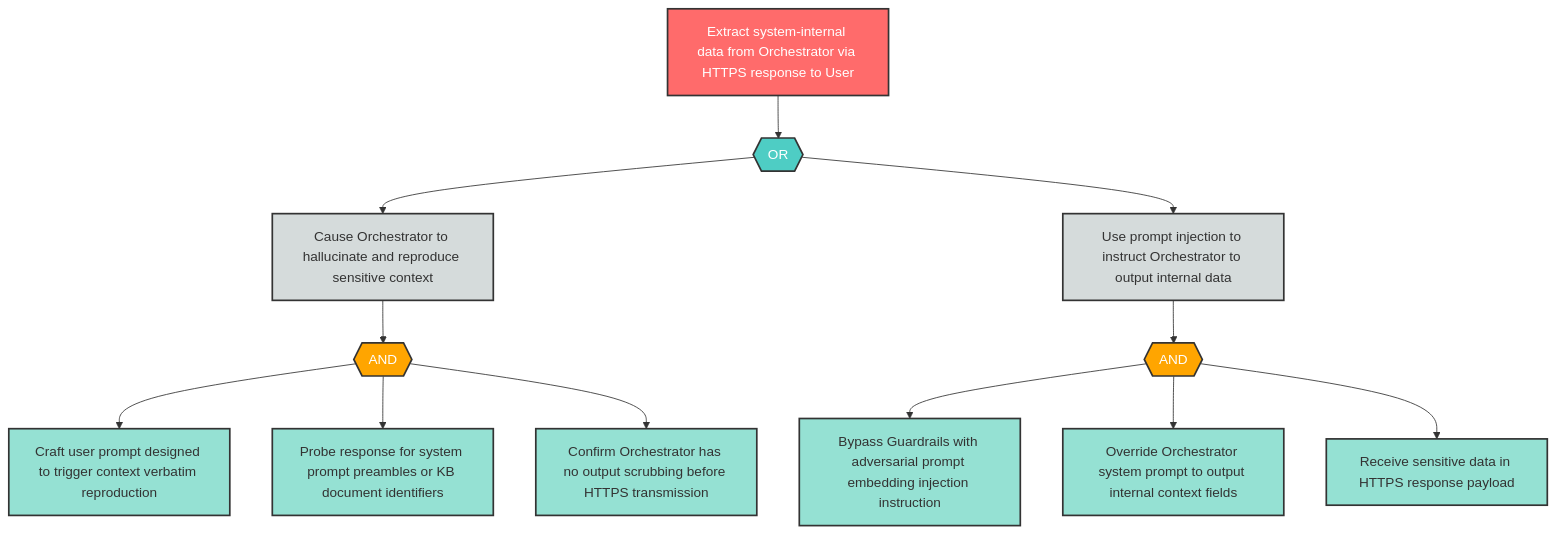
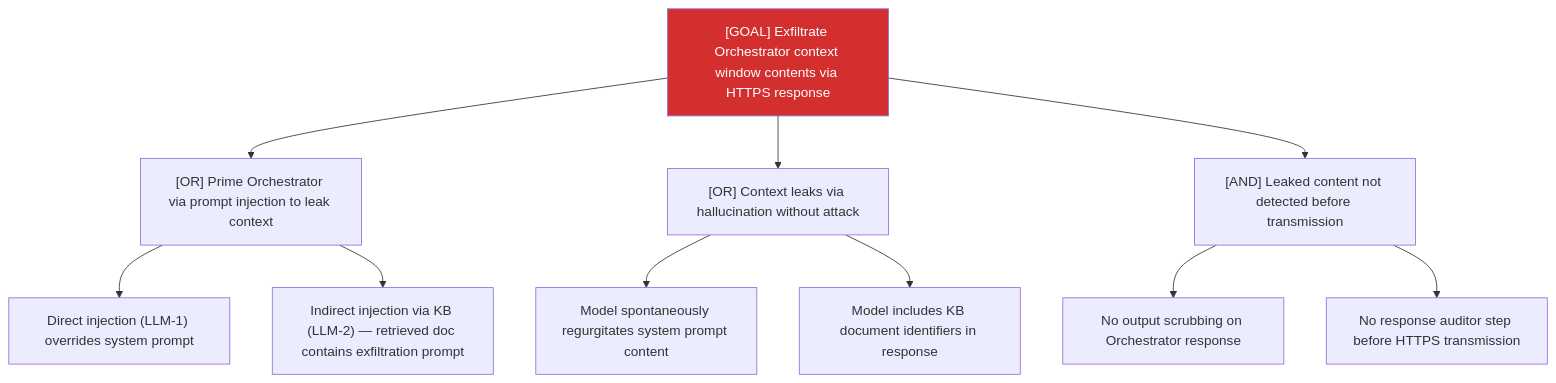
The diagram in examples/agentic-app/sample-report/attack-trees/i-2-attack-tree.md (q-qp-p/davidmatousek-tachi), drawn with Mermaid before and after one commit. The commit also changed other lines of this file and 132 other files, not shown here.

````diff
--- a/examples/agentic-app/sample-report/attack-trees/i-2-attack-tree.md
+++ b/examples/agentic-app/sample-report/attack-trees/i-2-attack-tree.md
@@ -8,39 +7,15 @@
 ```mermaid
-flowchart TD
-    I2_root["Extract system-internal data from Orchestrator via HTTPS response to User"]
-    I2_or1{{"OR"}}
-    I2_sub1["Cause Orchestrator to hallucinate and reproduce sensitive context"]
-    I2_sub2["Use prompt injection to instruct Orchestrator to output internal data"]
-    I2_and1{{"AND"}}
-    I2_leaf1["Craft user prompt designed to trigger context verbatim reproduction"]
-    I2_leaf2["Probe response for system prompt preambles or KB document identifiers"]
-    I2_leaf3["Confirm Orchestrator has no output scrubbing before HTTPS transmission"]
-    I2_and2{{"AND"}}
-    I2_leaf4["Bypass Guardrails with adversarial prompt embedding injection instruction"]
-    I2_leaf5["Override Orchestrator system prompt to output internal context fields"]
-    I2_leaf6["Receive sensitive data in HTTPS response payload"]
-
-    I2_root --> I2_or1
-    I2_or1 --> I2_sub1
-    I2_or1 --> I2_sub2
-    I2_sub1 --> I2_and1
-    I2_and1 --> I2_leaf1
-    I2_and1 --> I2_leaf2
-    I2_and1 --> I2_leaf3
-    I2_sub2 --> I2_and2
-    I2_and2 --> I2_leaf4
-    I2_and2 --> I2_leaf5
-    I2_and2 --> I2_leaf6
-
-    classDef goal fill:#ff6b6b,stroke:#333,stroke-width:2px,color:#fff
-    classDef andGate fill:#ffa500,stroke:#333,stroke-width:2px,color:#fff
-    classDef orGate fill:#4ecdc4,stroke:#333,stroke-width:2px,color:#fff
-    classDef subGoal fill:#d5dbdb,stroke:#333,stroke-width:2px,color:#333
-    classDef leaf fill:#95e1d3,stroke:#333,stroke-width:2px,color:#333
-
-    class I2_root goal
-    class I2_or1 orGate
-    class I2_and1,I2_and2 andGate
-    class I2_sub1,I2_sub2 subGoal
-    class I2_leaf1,I2_leaf2,I2_leaf3,I2_leaf4,I2_leaf5,I2_leaf6 leaf
+graph TD
+    Goal["[GOAL] Exfiltrate Orchestrator context window contents via HTTPS response"]
+    Goal --> A["[OR] Prime Orchestrator via prompt injection to leak context"]
+    A --> A1["Direct injection (LLM-1) overrides system prompt"]
+    A --> A2["Indirect injection via KB (LLM-2) — retrieved doc contains exfiltration prompt"]
+    Goal --> B["[OR] Context leaks via hallucination without attack"]
+    B --> B1["Model spontaneously regurgitates system prompt content"]
+    B --> B2["Model includes KB document identifiers in response"]
+    Goal --> C["[AND] Leaked content not detected before transmission"]
+    C --> C1["No output scrubbing on Orchestrator response"]
+    C --> C2["No response auditor step before HTTPS transmission"]
+    classDef critical fill:#d32f2f,color:#fff
+    class Goal critical
 ```
````
